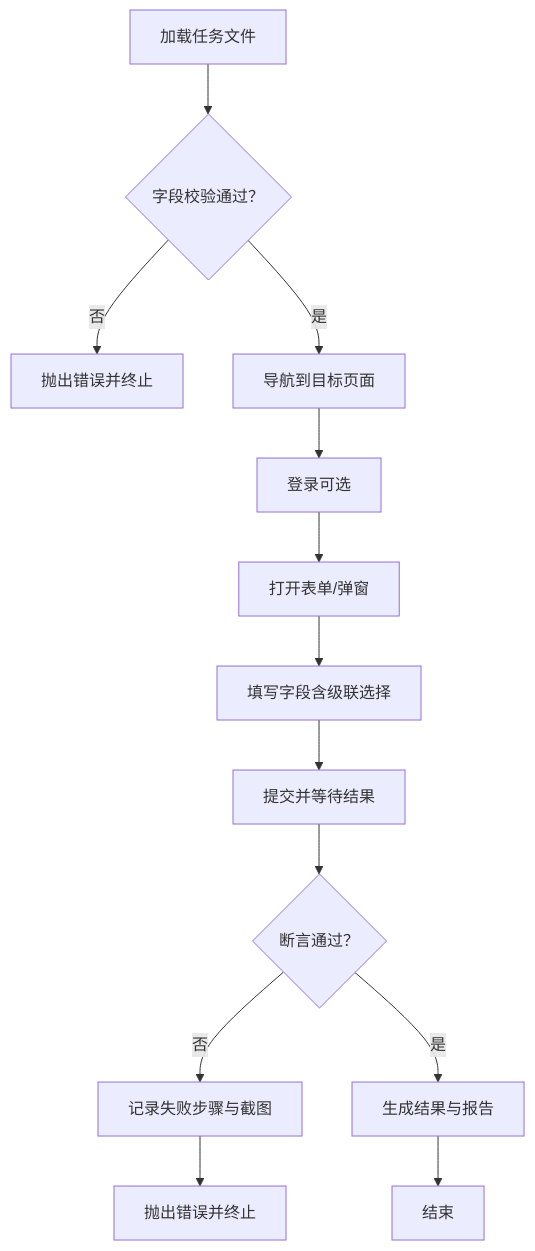
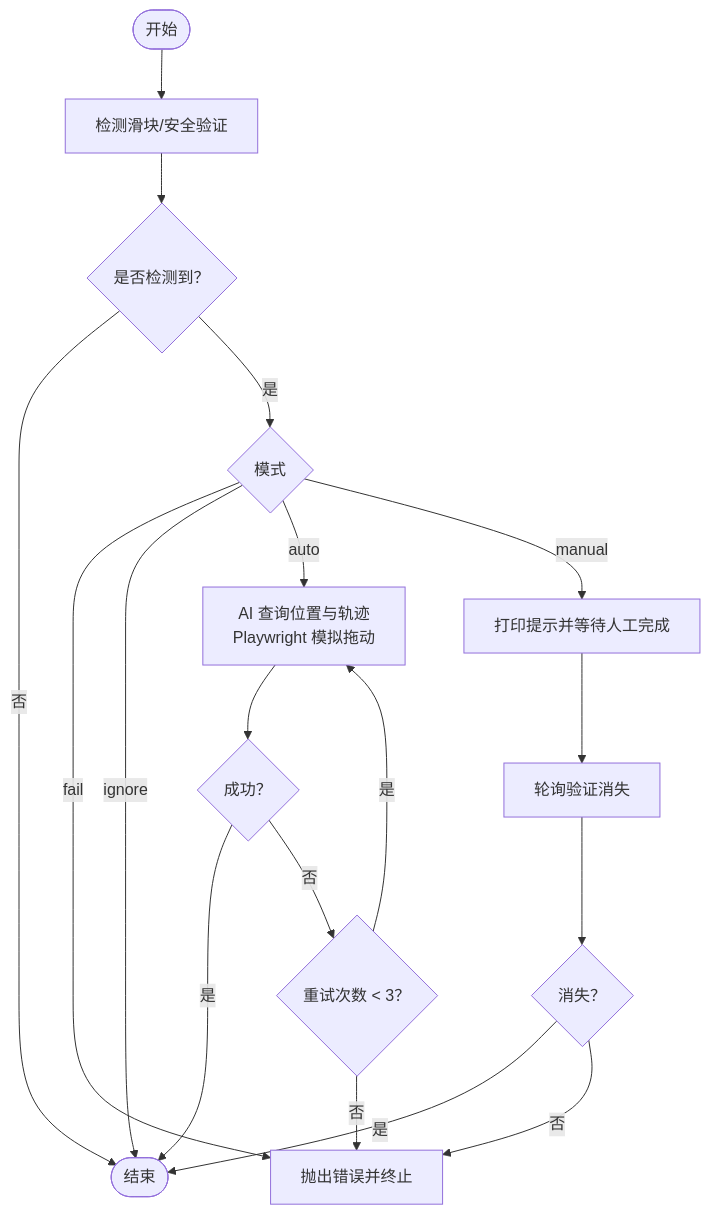
The fourth of 6 diagrams in .qoder/repowiki/zh/content/快速开始.md (Jiane-EJ/playwright-mind), drawn with Mermaid before and after one commit. The commit also changed other lines of this file and 121 other files, not shown here.

````diff
--- a/.qoder/repowiki/zh/content/快速开始.md
+++ b/.qoder/repowiki/zh/content/快速开始.md
@@ -185,15 +184,20 @@
 ```mermaid
 flowchart TD
-A["加载任务文件"] --> B{"字段校验通过？"}
-B -- 否 --> E["抛出错误并终止"]
-B -- 是 --> C["导航到目标页面"]
-C --> D["登录可选"]
-D --> F["打开表单/弹窗"]
-F --> G["填写字段含级联选择"]
-G --> H["提交并等待结果"]
-H --> I{"断言通过？"}
-I -- 否 --> J["记录失败步骤与截图"]
-I -- 是 --> K["生成结果与报告"]
-J --> L["抛出错误并终止"]
-K --> M["结束"]
+S(["开始"]) --> Detect["检测滑块/安全验证"]
+Detect --> Found{"是否检测到？"}
+Found --> |否| End(["结束"])
+Found --> |是| Mode{"模式"}
+Mode --> |fail| Throw["抛出错误并终止"]
+Mode --> |ignore| End
+Mode --> |auto| Auto["AI 查询位置与轨迹<br/>Playwright 模拟拖动"]
+Mode --> |manual| Manual["打印提示并等待人工完成"]
+Auto --> Retry{"成功？"}
+Retry --> |是| End
+Retry --> |否| Times{"重试次数 < 3？"}
+Times --> |是| Auto
+Times --> |否| Throw
+Manual --> Wait["轮询验证消失"]
+Wait --> Done{"消失？"}
+Done --> |是| End
+Done --> |否| Throw
 ```
````
